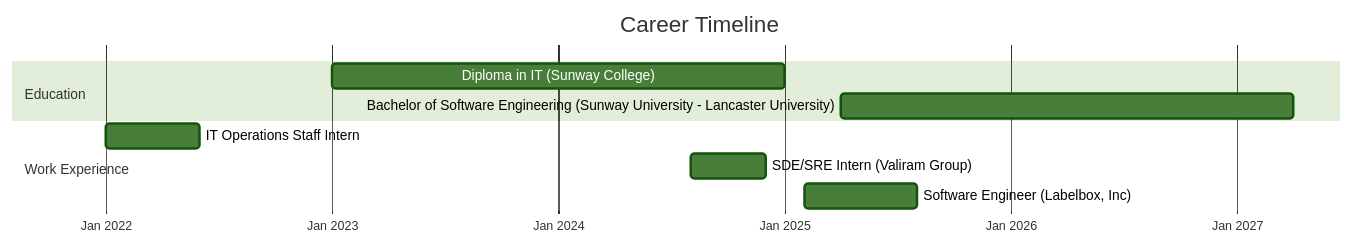
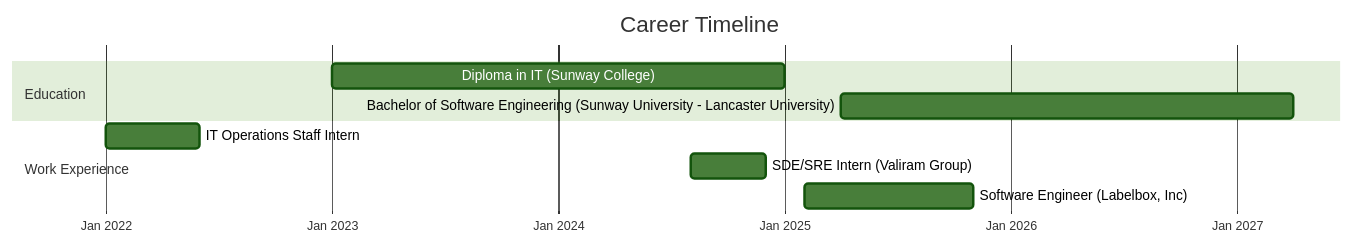
One commit to nathangtg/nathangtg changed the diagram in README.md. Above: the diagram before and after it, drawn with Mermaid (forest theme).

Commit message:
Updated due to new contract

````diff
--- a/README.md
+++ b/README.md
@@ -90,15 +90,15 @@
 ```mermaid
 gantt
     dateFormat  YYYY-MM
     title Career Timeline
     axisFormat %b %Y
     
     section Education
     Diploma in IT (Sunway College)      :2023-01, 2025-01
     Bachelor of Software Engineering (Sunway University - Lancaster University)   :2025-04, 2027-04
     
     section Work Experience
     IT Operations Staff Intern          :2022-01, 2022-06
     SDE/SRE Intern (Valiram Group)      :2024-08, 2024-12
-    Software Engineer (Labelbox, Inc)   :2025-02, 2025-08
+    Software Engineer (Labelbox, Inc)   :2025-02, 2025-11
 ```
````
